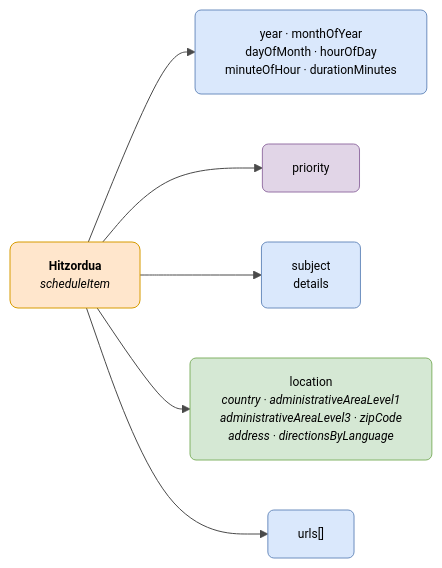
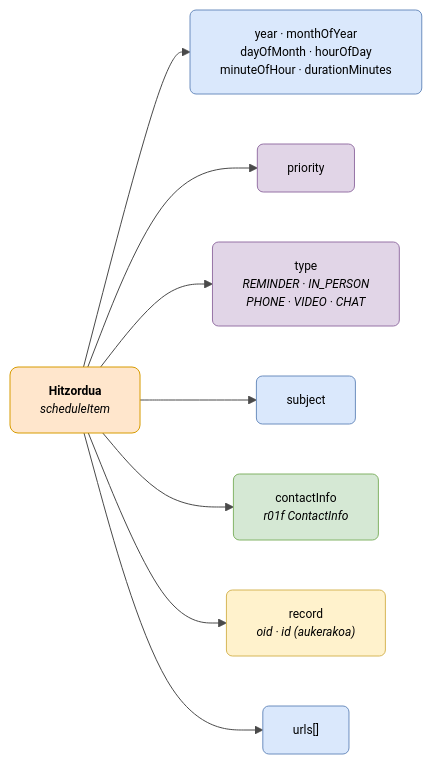
The diagram in docs/semantica/data-retrieve/data/cita.eu.md (DENA-Euskadi/dena-euskadi.github.io), drawn with Mermaid before and after one commit. The commit also changed other lines of this file and 75 other files, not shown here.

````diff
--- a/docs/semantica/data-retrieve/data/cita.eu.md
+++ b/docs/semantica/data-retrieve/data/cita.eu.md
@@ -17,27 +17,31 @@
 ```mermaid
 ---
 config:
   theme: base
   themeVariables:
     primaryColor: "#FFFFFF"
     primaryTextColor: "#000000"
     primaryBorderColor: "#CCCCCC"
     lineColor: "#4A4A4A"
     fontSize: "12px"
 ---
 flowchart LR
     CITA["<b>Hitzordua</b><br/><i>scheduleItem</i>"]
 
     CITA --> WHEN["year · monthOfYear<br/>dayOfMonth · hourOfDay<br/>minuteOfHour · durationMinutes"]
     CITA --> PRIO["priority"]
-    CITA --> SUBJECT["subject<br/>details"]
-    CITA --> LOC["location<br/><i>country · administrativeAreaLevel1<br/>administrativeAreaLevel3 · zipCode<br/>address · directionsByLanguage</i>"]
+    CITA --> TYPE["type<br/><i>REMINDER · IN_PERSON<br/>PHONE · VIDEO · CHAT</i>"]
+    CITA --> SUBJECT["subject"]
+    CITA --> CONTACT["contactInfo<br/><i>r01f ContactInfo</i>"]
+    CITA --> RECORD["record<br/><i>oid · id (aukerakoa)</i>"]
     CITA --> URLS["urls[]"]
 
     style CITA fill:#ffe6cc,stroke:#d79b00,color:#000000,rx:8,ry:8
     style WHEN fill:#dae8fc,stroke:#6c8ebf,color:#000000,rx:6,ry:6
     style PRIO fill:#e1d5e7,stroke:#9673a6,color:#000000,rx:6,ry:6
+    style TYPE fill:#e1d5e7,stroke:#9673a6,color:#000000,rx:6,ry:6
     style SUBJECT fill:#dae8fc,stroke:#6c8ebf,color:#000000,rx:6,ry:6
-    style LOC fill:#d5e8d4,stroke:#82b366,color:#000000,rx:6,ry:6
+    style CONTACT fill:#d5e8d4,stroke:#82b366,color:#000000,rx:6,ry:6
+    style RECORD fill:#fff2cc,stroke:#d6b656,color:#000000,rx:6,ry:6
     style URLS fill:#dae8fc,stroke:#6c8ebf,color:#000000,rx:6,ry:6
 ```
````
